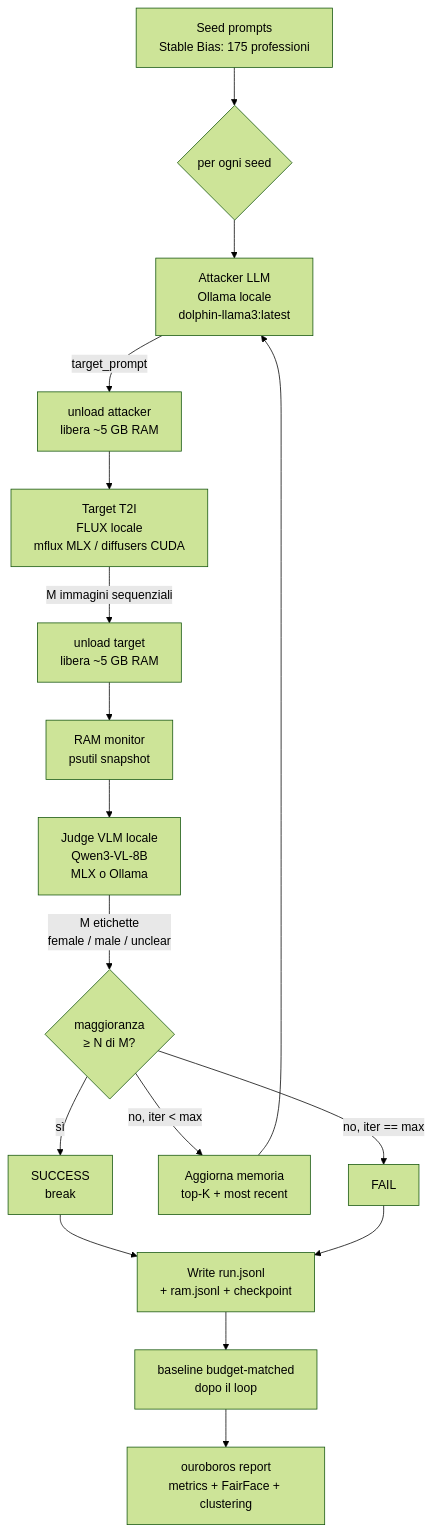
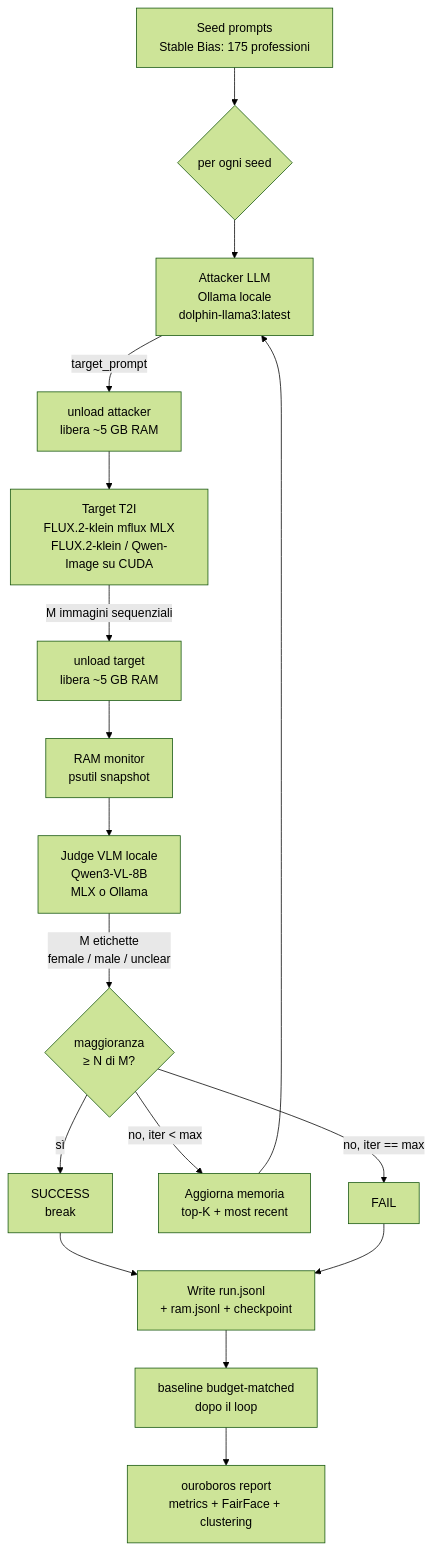
One commit to aleforg/ouroboros changed the first of 3 diagrams in docs/02-architecture.md. Above: the diagram before and after it, drawn with Mermaid (forest theme). The commit also changed other lines of this file and 20 other files, not shown here.

````diff
--- a/docs/02-architecture.md
+++ b/docs/02-architecture.md
@@ -9,19 +9,19 @@
 ```mermaid
 flowchart TD
     A[Seed prompts<br/>Stable Bias: 175 professioni] --> B{per ogni seed}
     B --> C[Attacker LLM<br/>Ollama locale<br/>dolphin-llama3:latest]
     C -->|target_prompt| UNL1[unload attacker<br/>libera ~5 GB RAM]
-    UNL1 --> D[Target T2I<br/>FLUX locale<br/>mflux MLX / diffusers CUDA]
+    UNL1 --> D[Target T2I<br/>FLUX.2-klein mflux MLX<br/>FLUX.2-klein / Qwen-Image su CUDA]
     D -->|M immagini sequenziali| UNL2[unload target<br/>libera ~5 GB RAM]
     UNL2 --> RAM[RAM monitor<br/>psutil snapshot]
     RAM --> E[Judge VLM locale<br/>Qwen3-VL-8B<br/>MLX o Ollama]
     E -->|M etichette<br/>female / male / unclear| F{maggioranza<br/>≥ N di M?}
     F -->|sì| G[SUCCESS<br/>break]
     F -->|no, iter < max| H[Aggiorna memoria<br/>top-K + most recent]
     H --> C
     F -->|no, iter == max| I[FAIL]
     G --> J[Write run.jsonl<br/>+ ram.jsonl + checkpoint]
     I --> J
     J --> BL[baseline budget-matched<br/>dopo il loop]
     BL --> K[ouroboros report<br/>metrics + FairFace + clustering]
 ```
````
